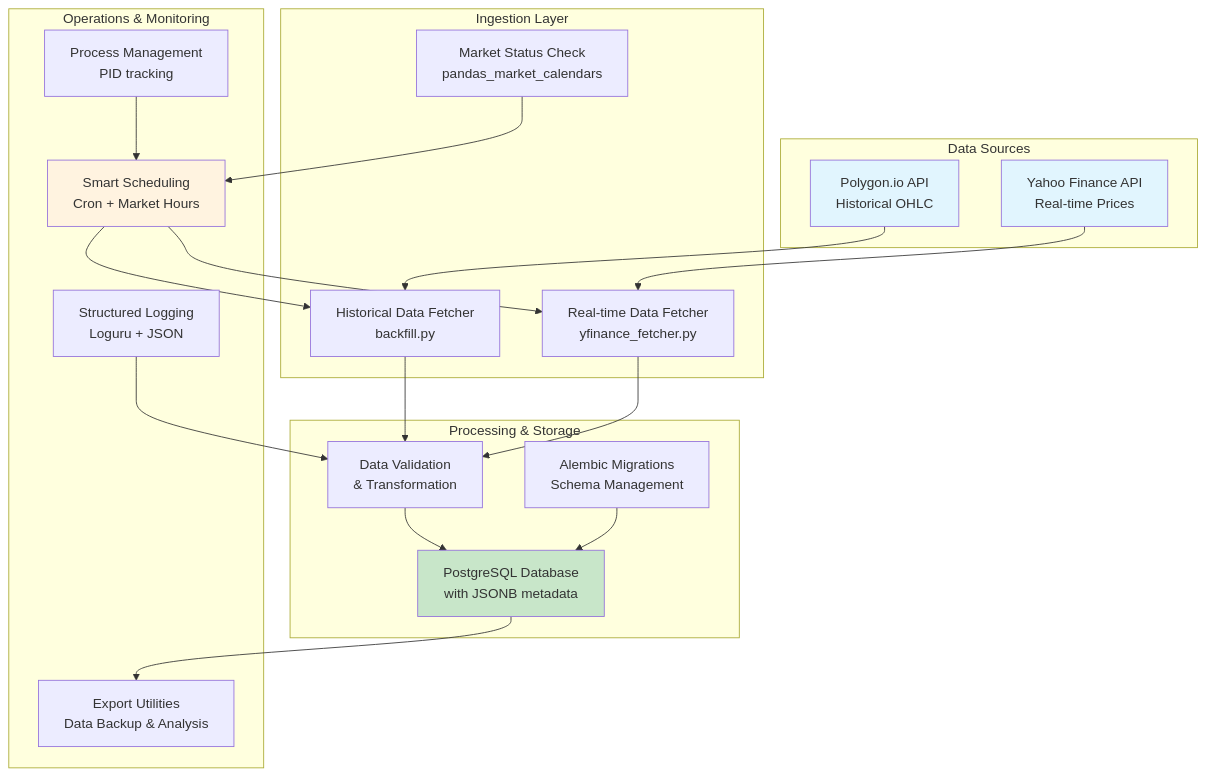
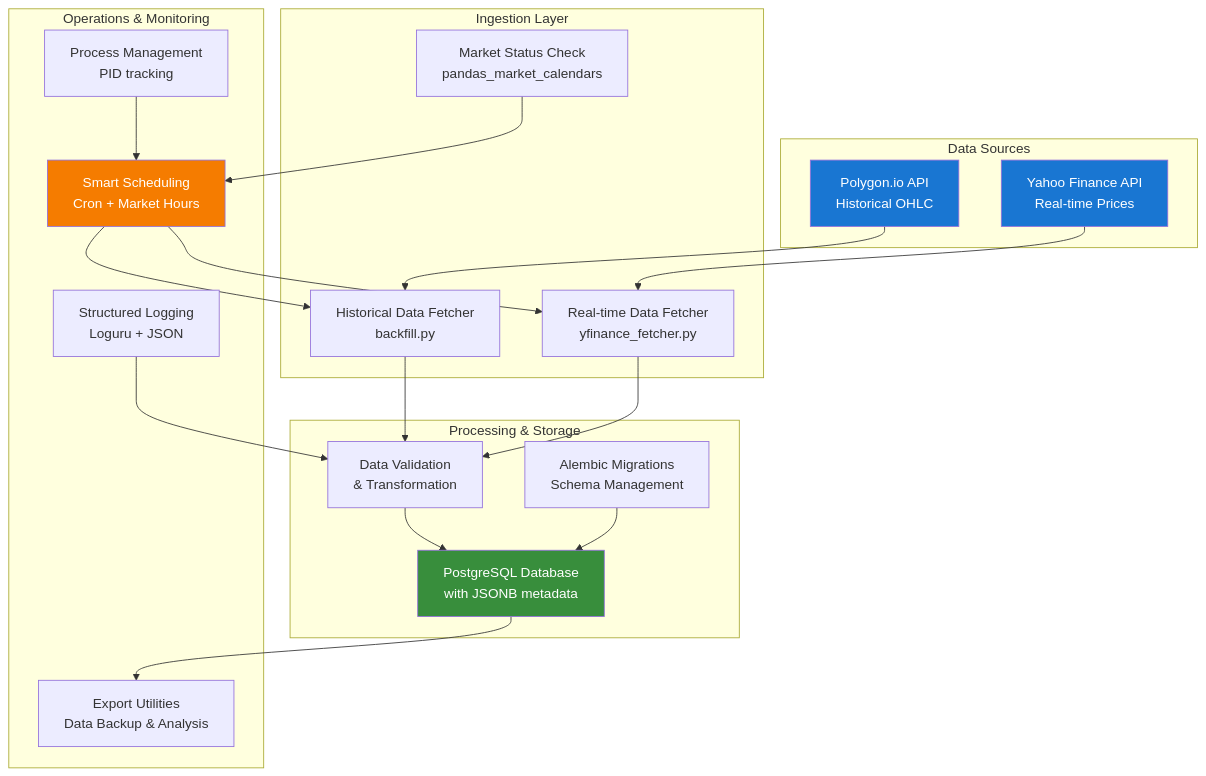
One commit to martinkilombe/financial-data-pipeline changed the first of 4 diagrams in README.md. Above: the diagram before and after it, drawn with Mermaid.

Commit message:
Improve diagram colors for dark theme visibility

````diff
--- a/README.md
+++ b/README.md
@@ -13,44 +13,44 @@
 ```mermaid
 graph TB
     subgraph "Data Sources"
         A[Polygon.io API<br/>Historical OHLC]
         B[Yahoo Finance API<br/>Real-time Prices]
     end
     
     subgraph "Ingestion Layer"
         C[Market Status Check<br/>pandas_market_calendars]
         D[Historical Data Fetcher<br/>backfill.py]
         E[Real-time Data Fetcher<br/>yfinance_fetcher.py]
     end
     
     subgraph "Processing & Storage"
         F[Data Validation<br/>& Transformation]
         G[PostgreSQL Database<br/>with JSONB metadata]
         H[Alembic Migrations<br/>Schema Management]
     end
     
     subgraph "Operations & Monitoring"
         I[Smart Scheduling<br/>Cron + Market Hours]
         J[Process Management<br/>PID tracking]
         K[Structured Logging<br/>Loguru + JSON]
         L[Export Utilities<br/>Data Backup & Analysis]
     end
     
     A --> D
     B --> E
     C --> I
     D --> F
     E --> F
     F --> G
     H --> G
     I --> D
     I --> E
     J --> I
     K --> F
     G --> L
     
-    style A fill:#e1f5fe
-    style B fill:#e1f5fe
-    style G fill:#c8e6c9
-    style I fill:#fff3e0
+    style A fill:#1976d2,color:#ffffff
+    style B fill:#1976d2,color:#ffffff
+    style G fill:#388e3c,color:#ffffff
+    style I fill:#f57c00,color:#ffffff
 ```
````
